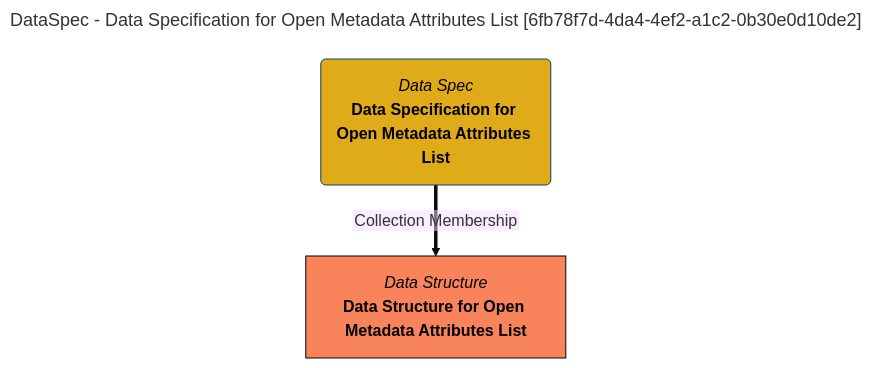
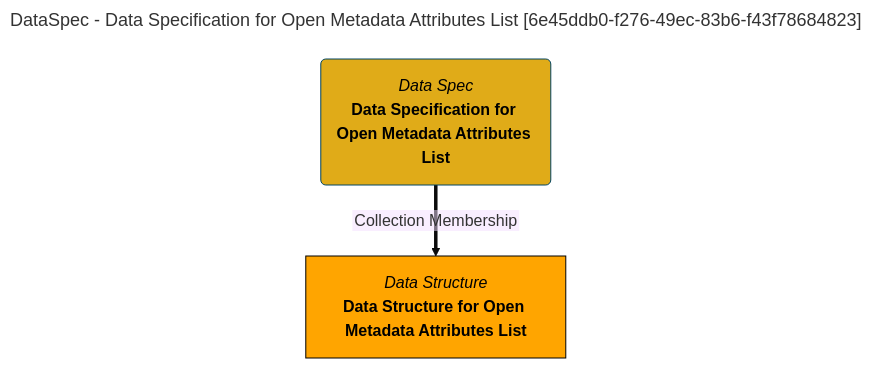
The diagram in site/snippets/collections/data-specs/data-specification-for-open-metadata-attributes-list-mermaid-graph.md (odpi/egeria-docs), drawn with Mermaid (base theme) before and after one commit. The commit also changed 2201 other files, not shown here.

````diff
--- a/site/snippets/collections/data-specs/data-specification-for-open-metadata-attributes-list-mermaid-graph.md
+++ b/site/snippets/collections/data-specs/data-specification-for-open-metadata-attributes-list-mermaid-graph.md
@@ -1,15 +1,15 @@
 ```mermaid
 ---
-title: DataSpec - Data Specification for Open Metadata Attributes List [6fb78f7d-4da4-4ef2-a1c2-0b30e0d10de2]
+title: DataSpec - Data Specification for Open Metadata Attributes List [6e45ddb0-f276-49ec-83b6-f43f78684823]
 ---
 flowchart TD
 %%{init: {"flowchart": {"htmlLabels": false}} }%%
 
 1@{ shape: rounded, label: "*Data Spec*
 **Data Specification for Open Metadata Attributes List**"}
 2@{ shape: rect, label: "*Data Structure*
 **Data Structure for Open Metadata Attributes List**"}
 1==>|"Collection Membership"|2
 style 1 color:#000000, fill:#e0ab18, stroke:#004563
-style 2 color:#000000, fill:#f9845b, stroke:#000000
+style 2 color:#000000, fill:#FFA500, stroke:#000000
 ```
````
